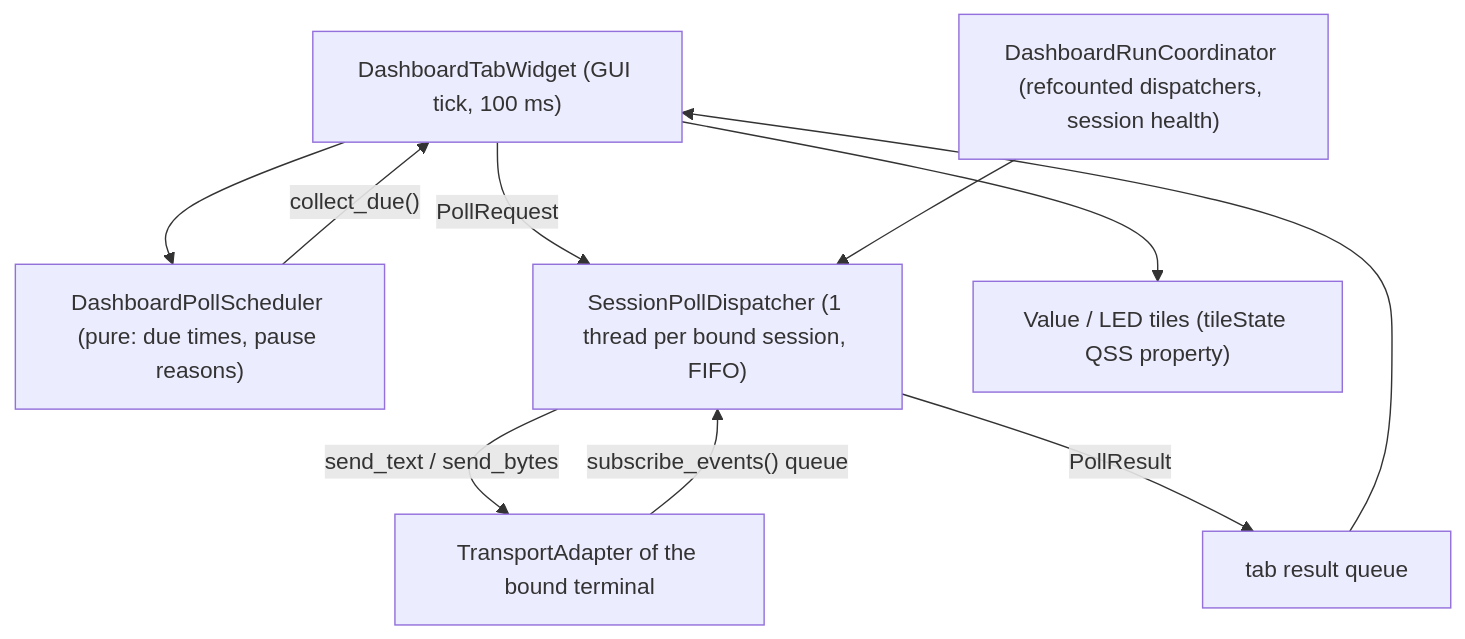
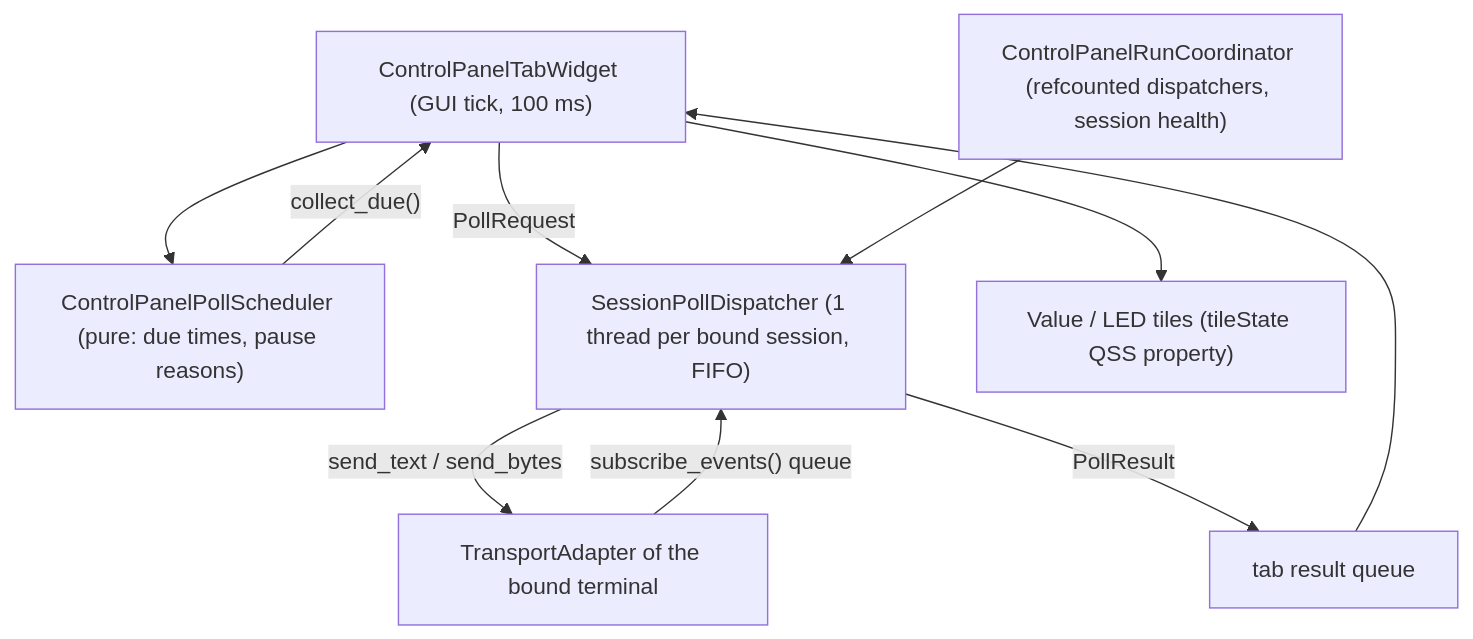
Before and after one commit to shuky-shukrun/ComPort-Zone: the ninth of 12 diagrams in docs/DESIGN.md, drawn with Mermaid. The commit also changed other lines of this file and 103 other files, not shown here.

````diff
--- a/docs/DESIGN.md
+++ b/docs/DESIGN.md
@@ -370,12 +370,12 @@
 ```mermaid
 flowchart TD
-    Tab["DashboardTabWidget (GUI tick, 100 ms)"] --> Scheduler["DashboardPollScheduler (pure: due times, pause reasons)"]
+    Tab["ControlPanelTabWidget (GUI tick, 100 ms)"] --> Scheduler["ControlPanelPollScheduler (pure: due times, pause reasons)"]
     Scheduler -->|"collect_due()"| Tab
     Tab -->|"PollRequest"| Dispatcher["SessionPollDispatcher (1 thread per bound session, FIFO)"]
-    Coordinator["DashboardRunCoordinator (refcounted dispatchers, session health)"] --> Dispatcher
+    Coordinator["ControlPanelRunCoordinator (refcounted dispatchers, session health)"] --> Dispatcher
     Dispatcher -->|"send_text / send_bytes"| Transport["TransportAdapter of the bound terminal"]
     Transport -->|"subscribe_events() queue"| Dispatcher
     Dispatcher -->|"PollResult"| Results["tab result queue"]
     Results --> Tab
     Tab --> Tiles["Value / LED tiles (tileState QSS property)"]
 ```
````
